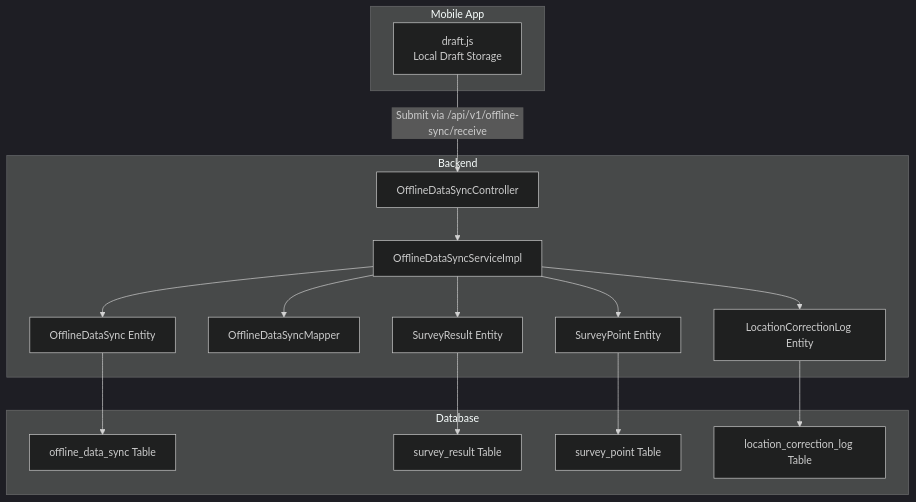
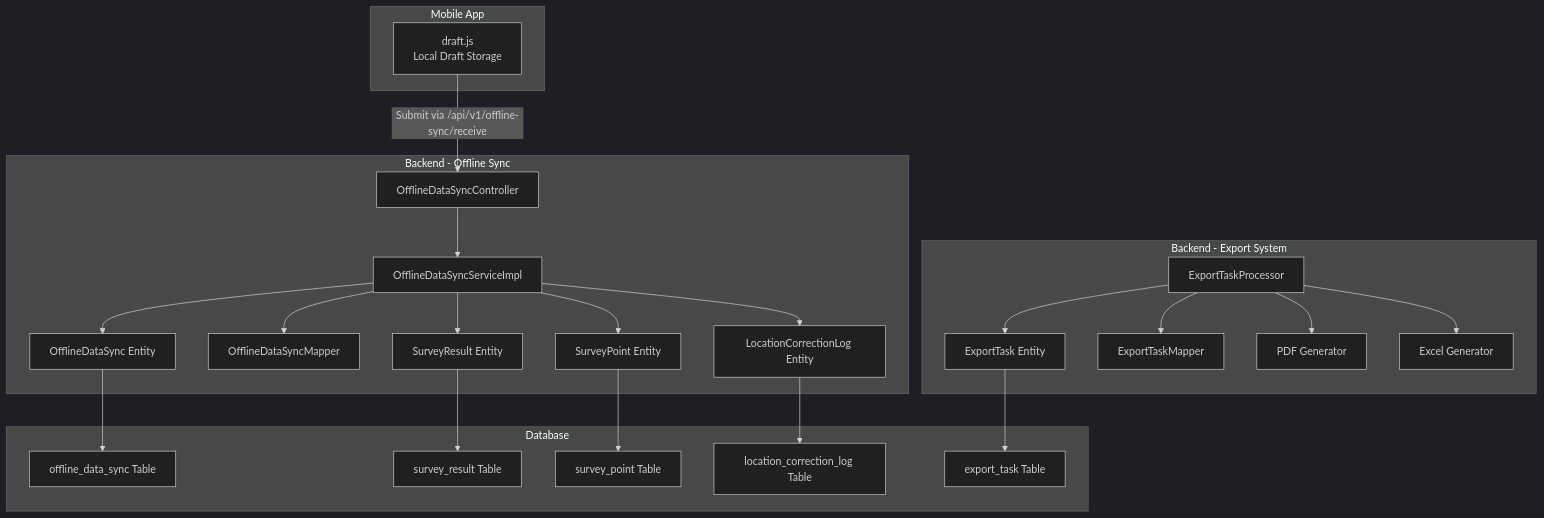
The first of 11 diagrams in .qoder/repowiki/en/content/Data Collection & Forms/Offline Data Synchronization.md (bo961386926/Survey-App), drawn with Mermaid (dark theme) before and after one commit. The commit also changed other lines of this file and 25 other files, not shown here.

````diff
--- a/.qoder/repowiki/en/content/Data Collection & Forms/Offline Data Synchronization.md
+++ b/.qoder/repowiki/en/content/Data Collection & Forms/Offline Data Synchronization.md
@@ -40,32 +52,45 @@
 ```mermaid
 graph TB
 subgraph "Mobile App"
 M_Draft["draft.js<br/>Local Draft Storage"]
 end
-subgraph "Backend"
+subgraph "Backend - Offline Sync"
 C_Offline["OfflineDataSyncController"]
 S_Offline["OfflineDataSyncServiceImpl"]
 E_Offline["OfflineDataSync Entity"]
 M_Offline["OfflineDataSyncMapper"]
 E_Result["SurveyResult Entity"]
 E_Point["SurveyPoint Entity"]
 E_Correction["LocationCorrectionLog Entity"]
 end
+subgraph "Backend - Export System"
+E_Processor["ExportTaskProcessor"]
+E_Task["ExportTask Entity"]
+E_TaskMapper["ExportTaskMapper"]
+E_PDF["PDF Generator"]
+E_Excel["Excel Generator"]
+end
 subgraph "Database"
 T_Offline["offline_data_sync Table"]
 T_Result["survey_result Table"]
 T_Point["survey_point Table"]
 T_Correction["location_correction_log Table"]
+T_Export["export_task Table"]
 end
 M_Draft --> |"Submit via /api/v1/offline-sync/receive"| C_Offline
 C_Offline --> S_Offline
 S_Offline --> E_Offline
 S_Offline --> M_Offline
 S_Offline --> E_Result
 S_Offline --> E_Point
 S_Offline --> E_Correction
+E_Processor --> E_Task
+E_Processor --> E_TaskMapper
+E_Processor --> E_PDF
+E_Processor --> E_Excel
 E_Offline --> T_Offline
 E_Result --> T_Result
 E_Point --> T_Point
 E_Correction --> T_Correction
+E_Task --> T_Export
 ```
````
